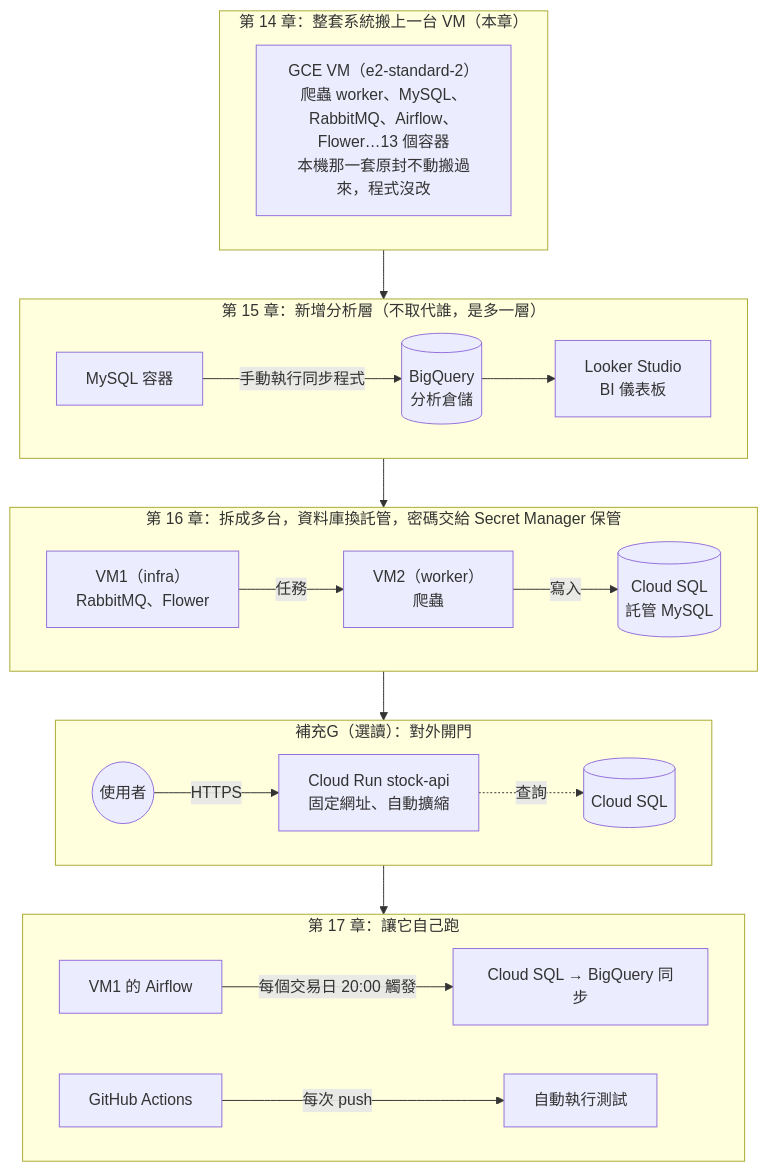
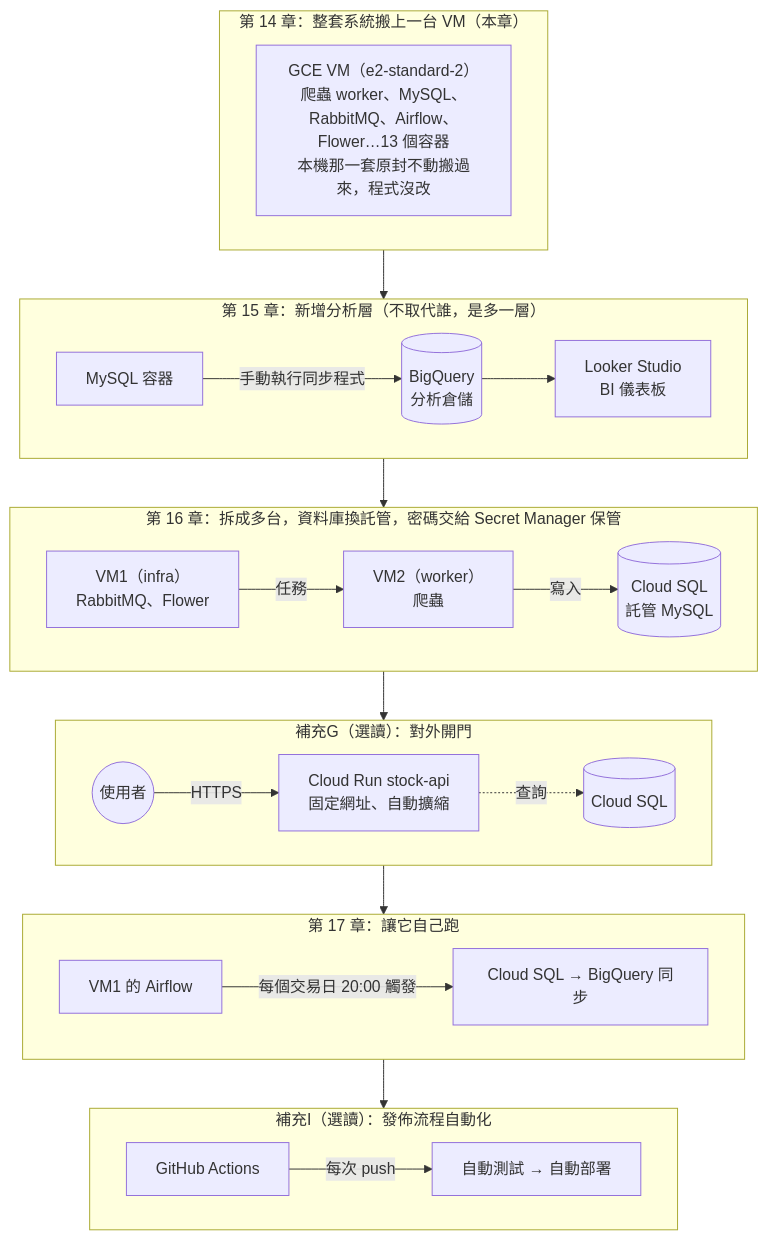
One commit to lu791019/stock-crawler-de-course-materials changed the first of 2 diagrams in 課程手冊/課程手冊14 - GCP開通與雲端部署.md. Above: the diagram before and after it, drawn with Mermaid. The commit also changed other lines of this file and 5 other files, not shown here.

````diff
--- a/課程手冊/課程手冊14 - GCP開通與雲端部署.md
+++ b/課程手冊/課程手冊14 - GCP開通與雲端部署.md
@@ -173,20 +173,22 @@
 ```mermaid
 flowchart TB
     subgraph S14["第 14 章：整套系統搬上一台 VM（本章）"]
         VM["GCE VM（e2-standard-2）<br/>爬蟲 worker、MySQL、RabbitMQ、Airflow、Flower…13 個容器<br/>本機那一套原封不動搬過來，程式沒改"]
     end
     subgraph S15["第 15 章：新增分析層（不取代誰，是多一層）"]
         M15["MySQL 容器"] -->|手動執行同步程式| BQ15[("BigQuery<br/>分析倉儲")] --> LS15["Looker Studio<br/>BI 儀表板"]
     end
     subgraph S16["第 16 章：拆成多台，資料庫換託管，密碼交給 Secret Manager 保管"]
         VM1["VM1（infra）<br/>RabbitMQ、Flower"] -->|任務| VM2["VM2（worker）<br/>爬蟲"] -->|寫入| SQL16[("Cloud SQL<br/>託管 MySQL")]
     end
     subgraph SG["補充G（選讀）：對外開門"]
         U(("使用者")) -->|HTTPS| CR["Cloud Run stock-api<br/>固定網址、自動擴縮"] -.->|查詢| SQLG[("Cloud SQL")]
     end
     subgraph S17["第 17 章：讓它自己跑"]
         AF17["VM1 的 Airflow"] -->|每個交易日 20:00 觸發| SY17["Cloud SQL → BigQuery 同步"]
-        GH17["GitHub Actions"] -->|每次 push| T17["自動執行測試"]
     end
-    S14 --> S15 --> S16 --> SG --> S17
+    subgraph SI["補充I（選讀）：發佈流程自動化"]
+        GH17["GitHub Actions"] -->|每次 push| T17["自動測試 → 自動部署"]
+    end
+    S14 --> S15 --> S16 --> SG --> S17 --> SI
 ```
````
